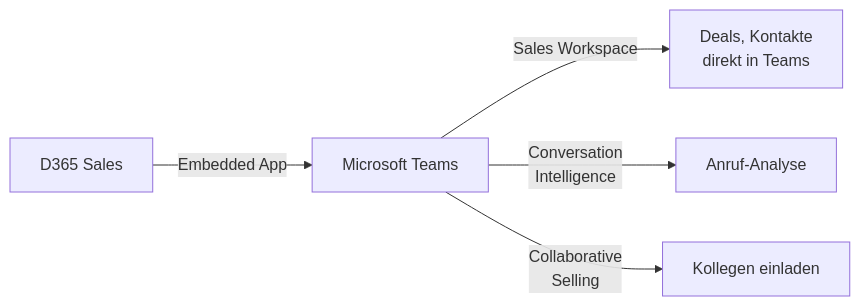
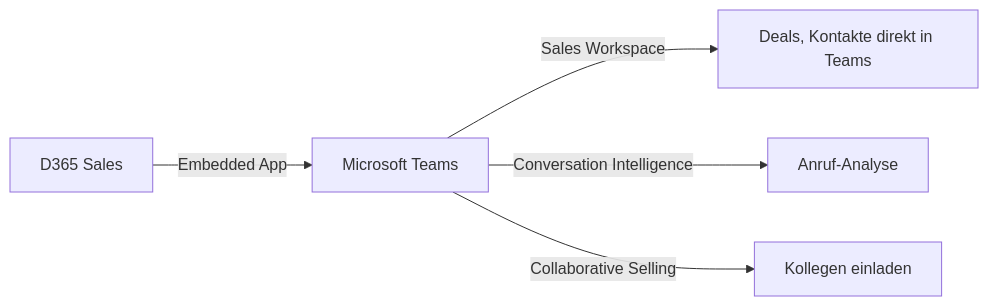
Before and after one commit to SoniiiT/notes-n-docs: the fourth of 4 diagrams in Microsoft 365/Dynamics 365/Dynamics 365 Sales.md, drawn with Mermaid. The commit also changed other lines of this file and 124 other files, not shown here.

First line of the commit message:
fix: Entferne \n aus allen Mermaid-Diagrammen (125 Dateien)

````diff
--- a/Microsoft 365/Dynamics 365/Dynamics 365 Sales.md
+++ b/Microsoft 365/Dynamics 365/Dynamics 365 Sales.md
@@ -215,7 +215,7 @@
 ```mermaid
 graph LR
     D365[D365 Sales] -->|Embedded App| TEAMS[Microsoft Teams]
-    TEAMS -->|Sales Workspace| SW[Deals, Kontakte\ndirekt in Teams]
-    TEAMS -->|Conversation\nIntelligence| CI[Anruf-Analyse]
-    TEAMS -->|Collaborative\nSelling| CS[Kollegen einladen]
+    TEAMS -->|Sales Workspace| SW[Deals, Kontakte direkt in Teams]
+    TEAMS -->|Conversation Intelligence| CI[Anruf-Analyse]
+    TEAMS -->|Collaborative Selling| CS[Kollegen einladen]
 ```
````
